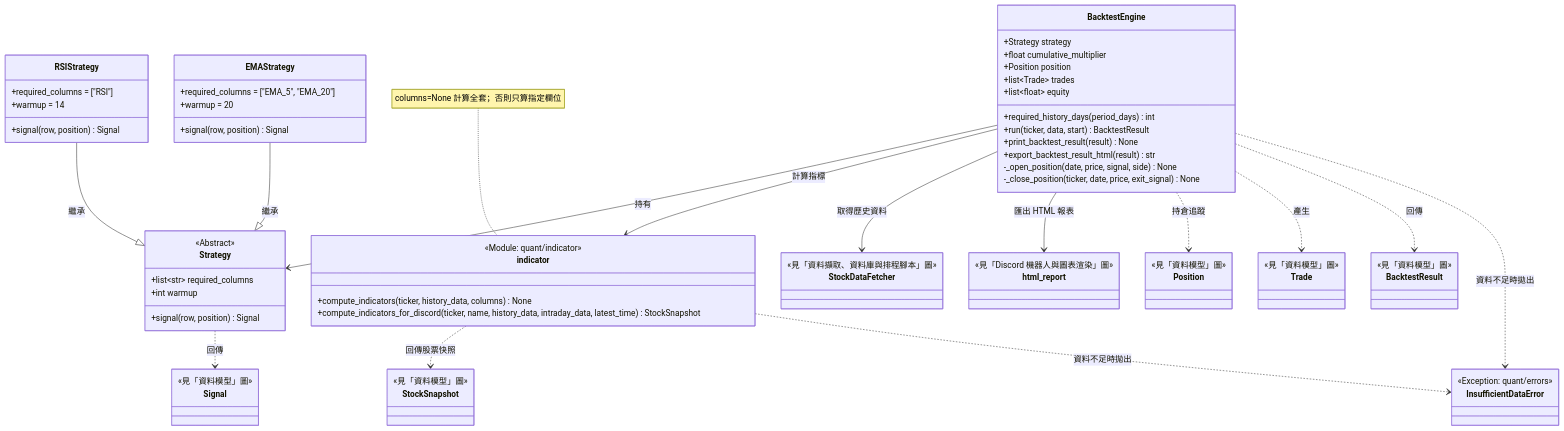
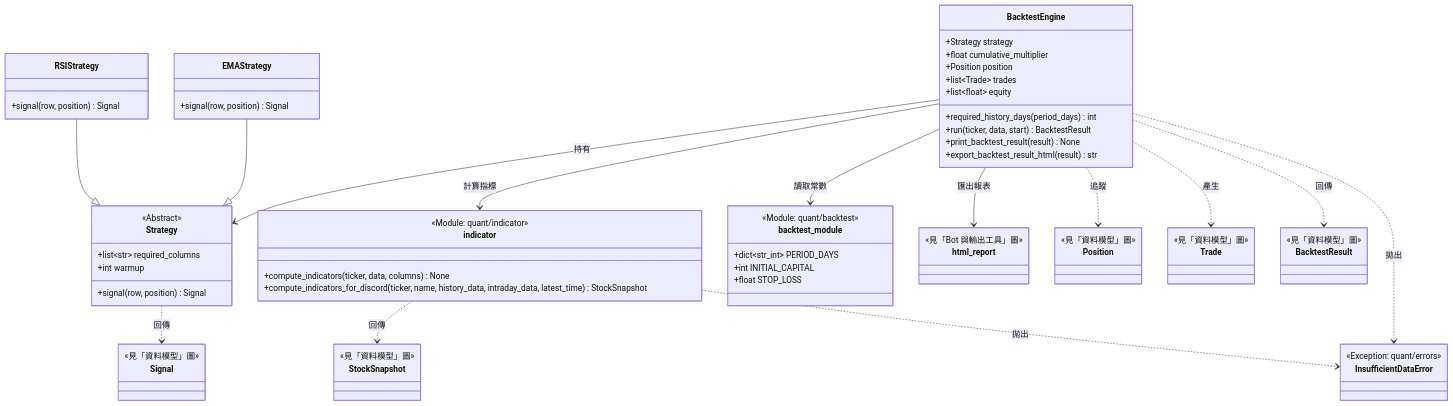
Before and after one commit to JialaChang/Discord-Stock-Bot: the second of 6 diagrams in docs/UML.md, drawn with Mermaid. The commit also changed other lines of this file and 10 other files, not shown here.

First line of the commit message:
docs: split UML by concern, tighten prose, and link real report samples

````diff
--- a/docs/UML.md
+++ b/docs/UML.md
@@ -89,10 +90,9 @@
 
     class indicator {
         <<Module: quant/indicator>>
-        +compute_indicators(ticker, history_data, columns) None
+        +compute_indicators(ticker, data, columns) None
         +compute_indicators_for_discord(ticker, name, history_data, intraday_data, latest_time) StockSnapshot
     }
-    note for indicator "columns=None 計算全套；否則只算指定欄位"
 
     class Strategy {
         <<Abstract>>
@@ -102,15 +102,18 @@
     }
 
     class RSIStrategy {
-        +required_columns = ["RSI"]
-        +warmup = 14
         +signal(row, position) Signal
     }
 
     class EMAStrategy {
-        +required_columns = ["EMA_5", "EMA_20"]
-        +warmup = 20
         +signal(row, position) Signal
+    }
+
+    class backtest_module {
+        <<Module: quant/backtest>>
+        +dict~str_int~ PERIOD_DAYS
+        +int INITIAL_CAPITAL
+        +float STOP_LOSS
     }
 
     class BacktestEngine {
@@ -123,19 +126,14 @@
         +run(ticker, data, start) BacktestResult
         +print_backtest_result(result) None
         +export_backtest_result_html(result) str
-        -_open_position(date, price, signal, side) None
-        -_close_position(ticker, date, price, exit_signal) None
     }
 
     class InsufficientDataError {
         <<Exception: quant/errors>>
     }
 
-    class StockDataFetcher {
-        <<見「資料擷取、資料庫與排程腳本」圖>>
-    }
     class html_report {
-        <<見「Discord 機器人與圖表渲染」圖>>
+        <<見「Bot 與輸出工具」圖>>
     }
     class StockSnapshot {
         <<見「資料模型」圖>>
@@ -153,17 +151,17 @@
         <<見「資料模型」圖>>
     }
 
-    RSIStrategy --|> Strategy : 繼承
-    EMAStrategy --|> Strategy : 繼承
+    RSIStrategy --|> Strategy
+    EMAStrategy --|> Strategy
     Strategy ..> Signal : 回傳
-    indicator ..> StockSnapshot : 回傳股票快照
+    indicator ..> StockSnapshot : 回傳
+    indicator ..> InsufficientDataError : 拋出
     BacktestEngine --> Strategy : 持有
     BacktestEngine --> indicator : 計算指標
-    BacktestEngine --> StockDataFetcher : 取得歷史資料
-    BacktestEngine --> html_report : 匯出 HTML 報表
-    BacktestEngine ..> Position : 持倉追蹤
+    BacktestEngine --> backtest_module : 讀取常數
+    BacktestEngine --> html_report : 匯出報表
+    BacktestEngine ..> Position : 追蹤
     BacktestEngine ..> Trade : 產生
     BacktestEngine ..> BacktestResult : 回傳
-    BacktestEngine ..> InsufficientDataError : 資料不足時拋出
-    indicator ..> InsufficientDataError : 資料不足時拋出
+    BacktestEngine ..> InsufficientDataError : 拋出
 ```
````
